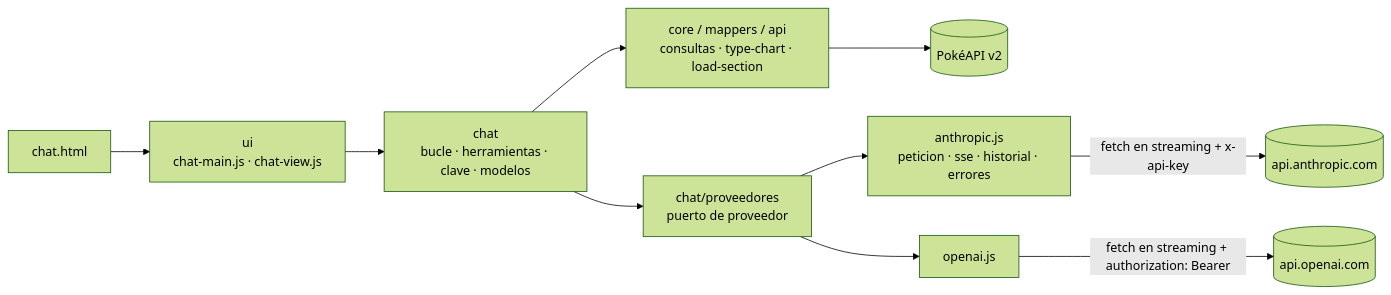
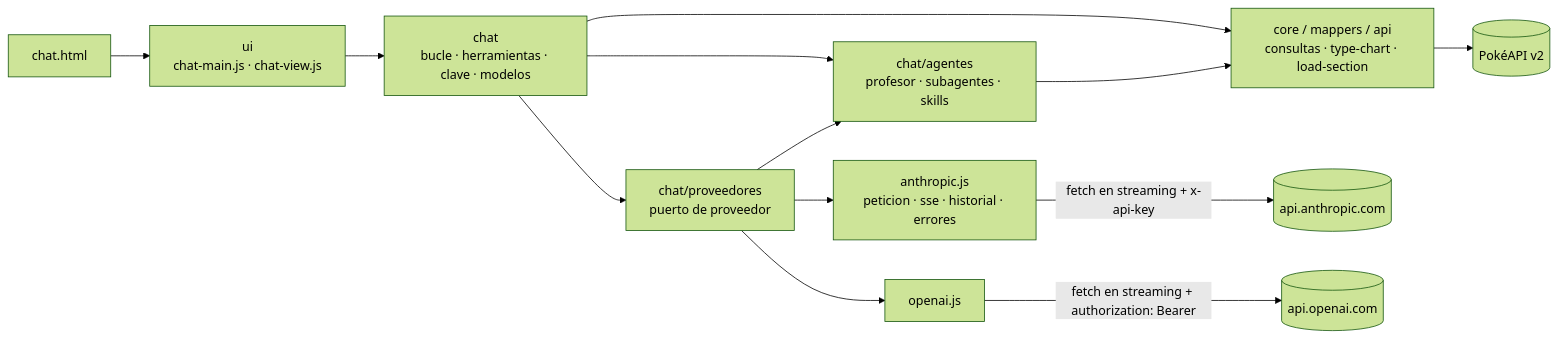
Before and after one commit to RenzoRamosDEV/Pokedex-Retro: the second of 3 diagrams in docs/ARCHITECTURE.md, drawn with Mermaid (forest theme). The commit also changed other lines of this file and 2 other files, not shown here.

Commit message:
docs: documenta los agentes del chat en README y arquitectura

````diff
--- a/docs/ARCHITECTURE.md
+++ b/docs/ARCHITECTURE.md
@@ -28,12 +28,15 @@
 ```mermaid
 flowchart LR
   html["chat.html"] --> ui["ui<br/>chat-main.js · chat-view.js"]
   ui --> chat["chat<br/>bucle · herramientas · clave · modelos"]
   chat --> core["core / mappers / api<br/>consultas · type-chart · load-section"]
   core --> pokeapi[("PokéAPI v2")]
+  chat --> agentes["chat/agentes<br/>profesor · subagentes · skills"]
+  agentes --> core
   chat --> proveedores["chat/proveedores<br/>puerto de proveedor"]
+  proveedores --> agentes
   proveedores --> adAnthropic["anthropic.js<br/>peticion · sse · historial · errores"]
   proveedores --> adOpenai["openai.js"]
   adAnthropic -->|fetch en streaming + x-api-key| anthropic[("api.anthropic.com")]
   adOpenai -->|fetch en streaming + authorization: Bearer| openai[("api.openai.com")]
 ```
````
